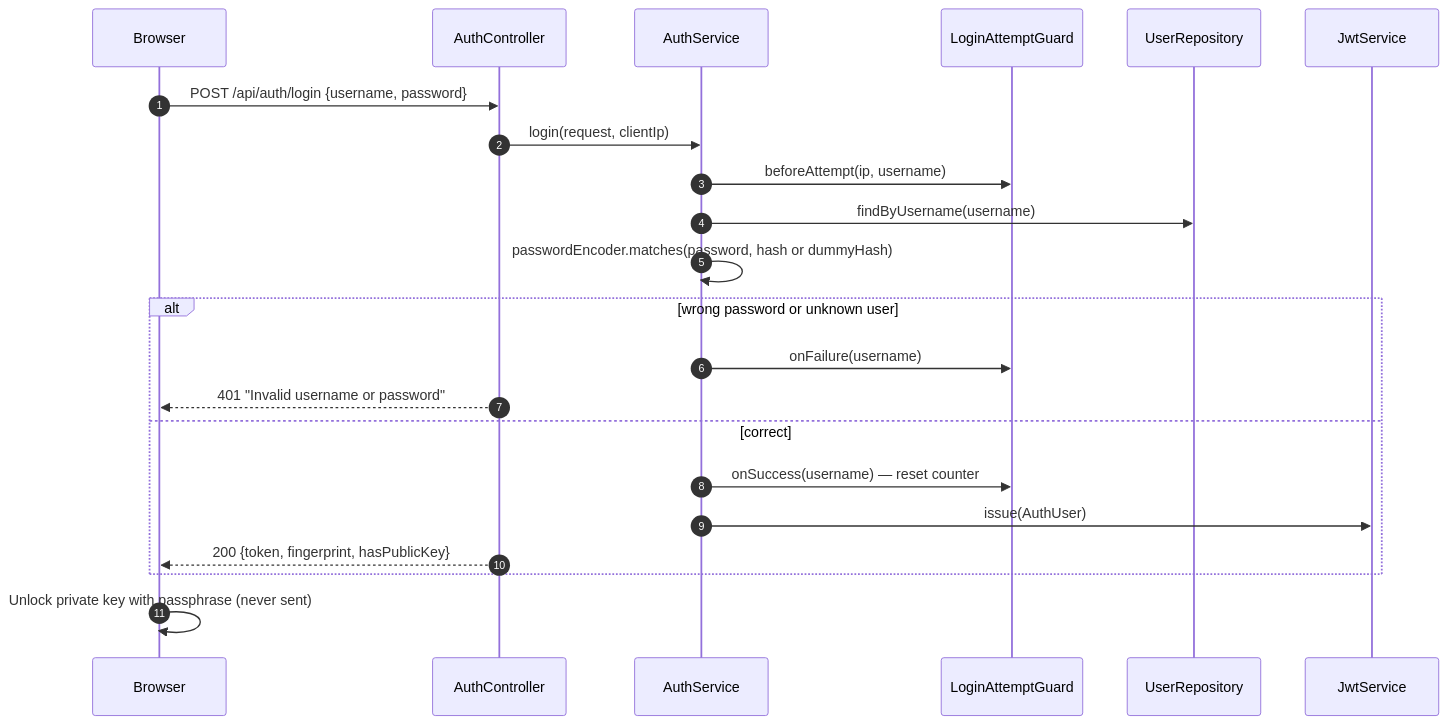
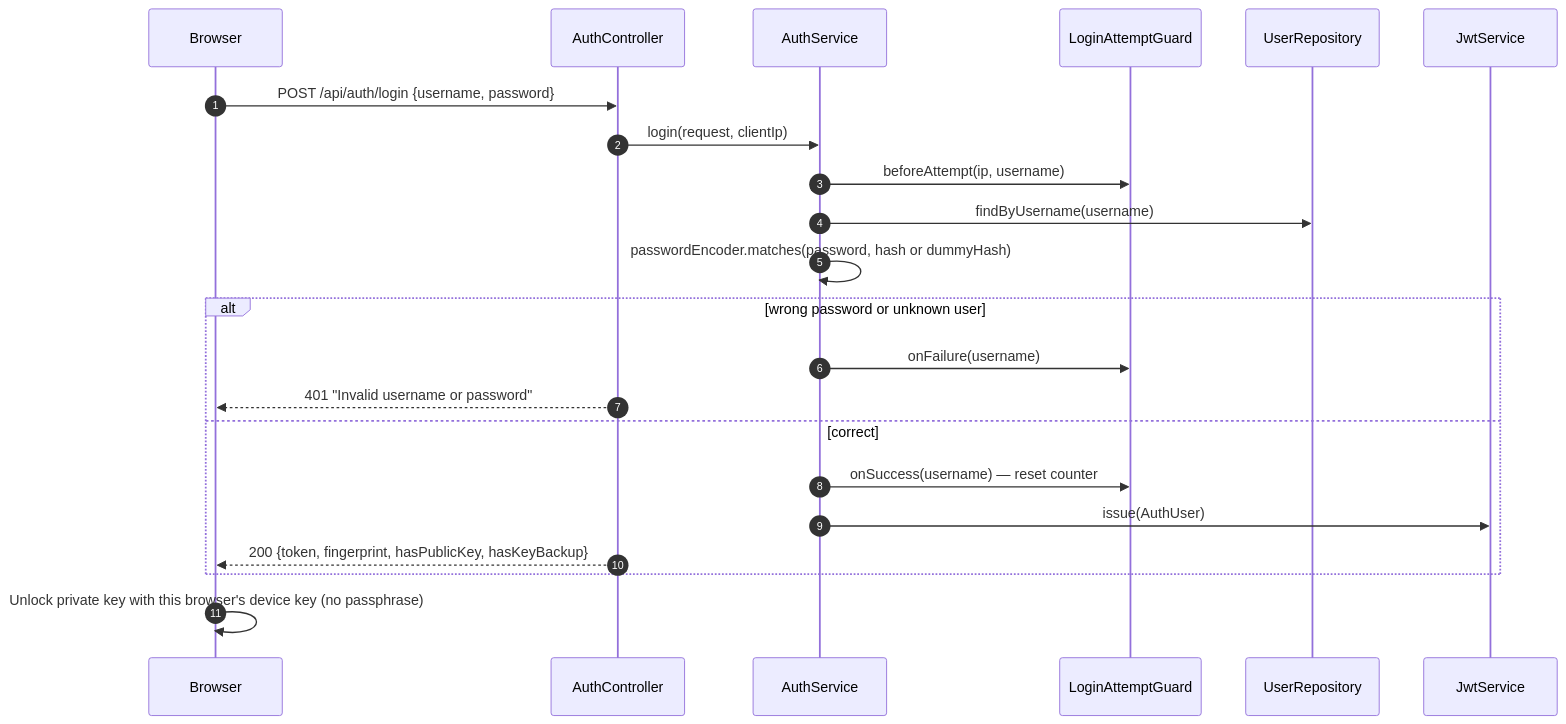
Before and after one commit to DeNoella/cipherchat: the fourth of 9 diagrams in blog/docs/cybersecurity/pgp-from-the-beginning/part-4.md, drawn with Mermaid. The commit also changed other lines of this file and 10 other files, not shown here.

First line of the commit message:
docs(blog): teach passphrase-once key protection and HashiCorp Vault

````diff
--- a/blog/docs/cybersecurity/pgp-from-the-beginning/part-4.md
+++ b/blog/docs/cybersecurity/pgp-from-the-beginning/part-4.md
@@ -945,24 +1060,24 @@
 ```mermaid
 sequenceDiagram
     autonumber
     participant B as Browser
     participant C as AuthController
     participant S as AuthService
     participant G as LoginAttemptGuard
     participant R as UserRepository
     participant J as JwtService
     B->>C: POST /api/auth/login {username, password}
     C->>S: login(request, clientIp)
     S->>G: beforeAttempt(ip, username)
     S->>R: findByUsername(username)
     S->>S: passwordEncoder.matches(password, hash or dummyHash)
     alt wrong password or unknown user
         S->>G: onFailure(username)
         C-->>B: 401 "Invalid username or password"
     else correct
         S->>G: onSuccess(username) — reset counter
         S->>J: issue(AuthUser)
-        C-->>B: 200 {token, fingerprint, hasPublicKey}
+        C-->>B: 200 {token, fingerprint, hasPublicKey, hasKeyBackup}
     end
-    B->>B: Unlock private key with passphrase (never sent)
+    B->>B: Unlock private key with this browser's device key (no passphrase)
 ```
````
